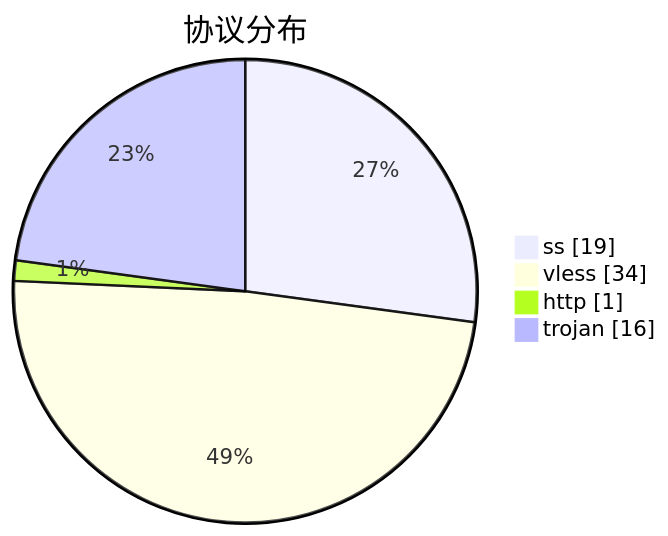
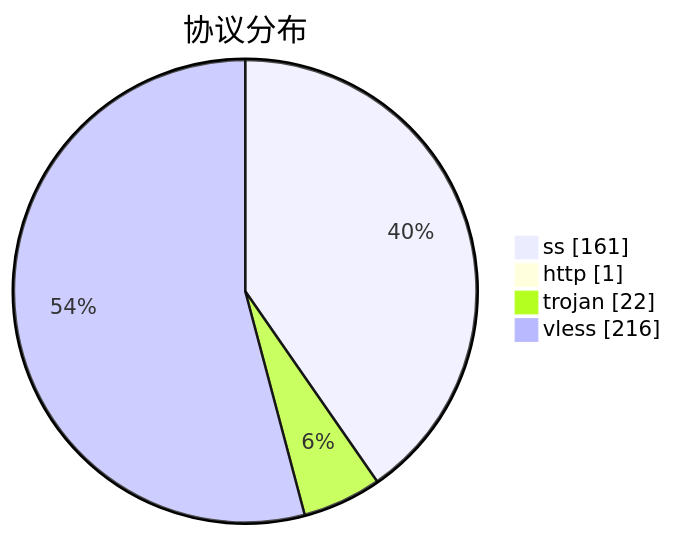
Before and after one commit to qjlxg/airport: the third of 3 diagrams in subs/statistics/tested_within.md, drawn with Mermaid. The commit also changed other lines of this file and 2 other files, not shown here.

````diff
--- a/subs/statistics/tested_within.md
+++ b/subs/statistics/tested_within.md
@@ -17,8 +19,8 @@
 ```mermaid
 pie showData
 title 协议分布
-"ss" : 19
-"vless" : 34
+"ss" : 161
 "http" : 1
-"trojan" : 16
+"trojan" : 22
+"vless" : 216
 ```
````
